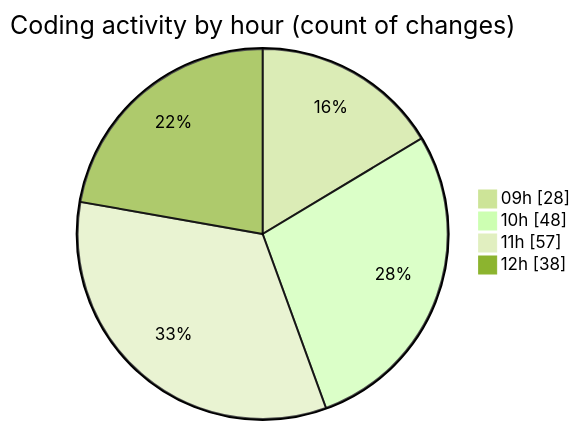
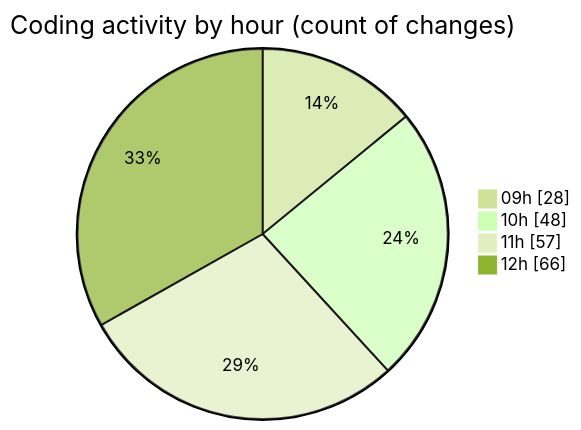
The second of 2 diagrams in 2026-07-30/cda/README.md (momahboobian/code-tracking), drawn with Mermaid (forest theme) before and after one commit. The commit also changed other lines of this file and 1 other file, not shown here.

````diff
--- a/2026-07-30/cda/README.md
+++ b/2026-07-30/cda/README.md
@@ -66,8 +66,8 @@
 ```mermaid
 pie showData
 title Coding activity by hour (count of changes)
 "09h" : 28
 "10h" : 48
 "11h" : 57
-"12h" : 38
+"12h" : 66
 ```
````
